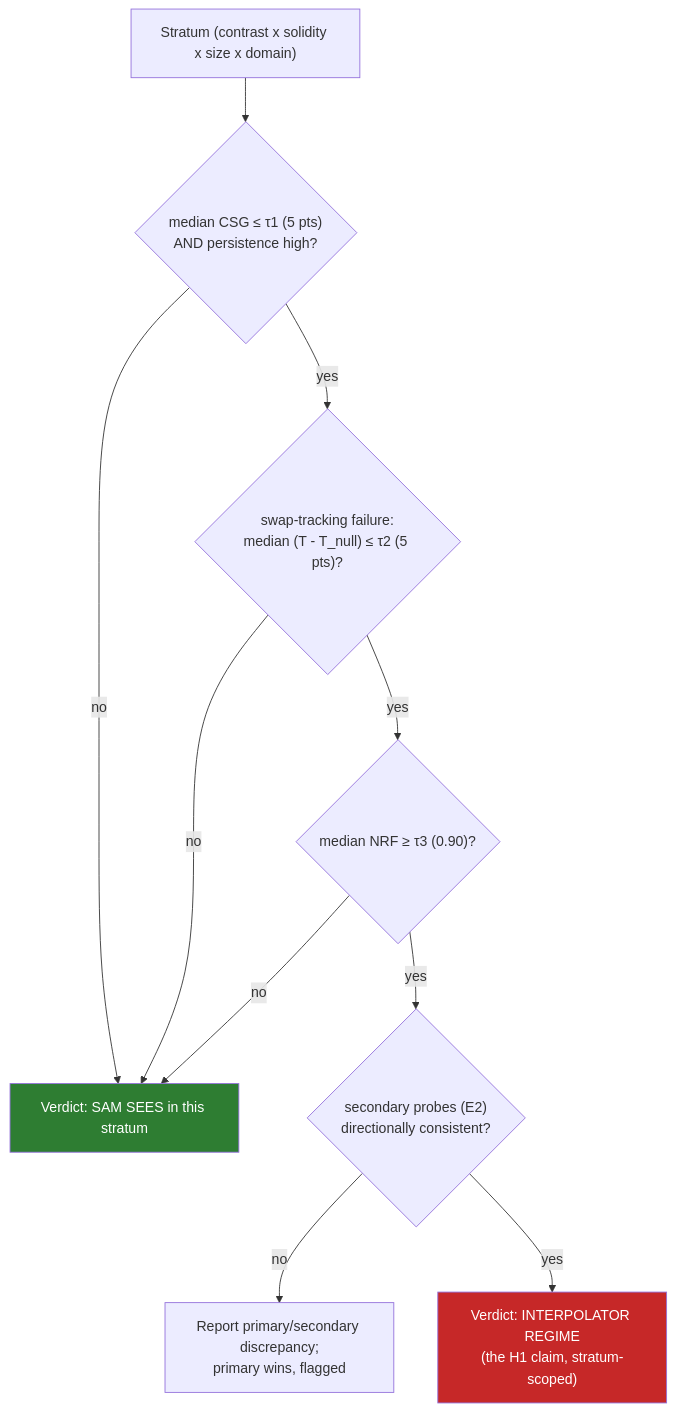
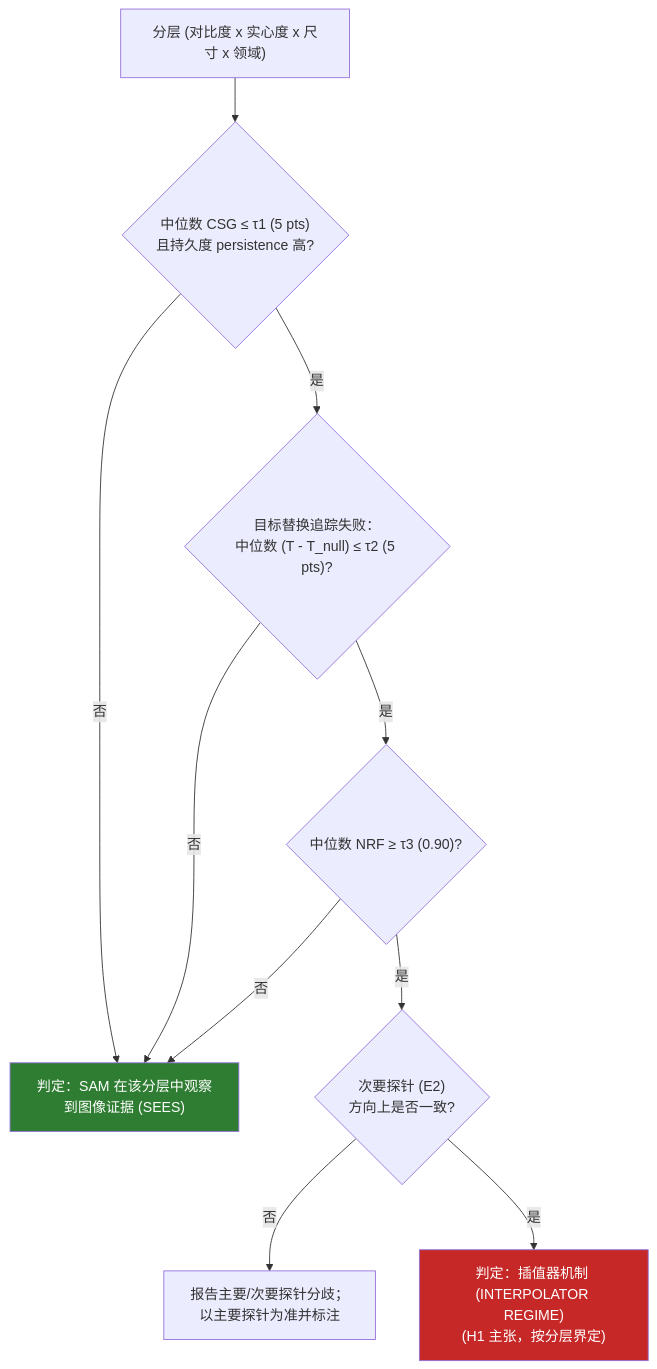
One commit to songkang688/idea changed the second of 4 diagrams in Windows4/Idea_01/diagrams/architecture.md. Above: the diagram before and after it, drawn with Mermaid. The commit also changed other lines of this file and 74 other files, not shown here.

````diff
--- a/Windows4/Idea_01/diagrams/architecture.md
+++ b/Windows4/Idea_01/diagrams/architecture.md
@@ -55,15 +55,15 @@
 ```mermaid
 flowchart TD
-    S["Stratum (contrast x solidity x size x domain)"] --> C1{"median CSG &le; &tau;1 (5 pts)<br/>AND persistence high?"}
-    C1 -- no --> SEES["Verdict: SAM SEES in this stratum"]
-    C1 -- yes --> C2{"swap-tracking failure:<br/>median (T - T_null) &le; &tau;2 (5 pts)?"}
-    C2 -- no --> SEES
-    C2 -- yes --> C3{"median NRF &ge; &tau;3 (0.90)?"}
-    C3 -- no --> SEES
-    C3 -- yes --> C4{"secondary probes (E2)<br/>directionally consistent?"}
-    C4 -- no --> DISC["Report primary/secondary discrepancy;<br/>primary wins, flagged"]
-    C4 -- yes --> INTERP["Verdict: INTERPOLATOR REGIME<br/>(the H1 claim, stratum-scoped)"]
+    S["分层 (对比度 x 实心度 x 尺寸 x 领域)"] --> C1{"中位数 CSG &le; &tau;1 (5 pts)<br/>且持久度 persistence 高?"}
+    C1 -- 否 --> SEES["判定：SAM 在该分层中观察到图像证据 (SEES)"]
+    C1 -- 是 --> C2{"目标替换追踪失败：<br/>中位数 (T - T_null) &le; &tau;2 (5 pts)?"}
+    C2 -- 否 --> SEES
+    C2 -- 是 --> C3{"中位数 NRF &ge; &tau;3 (0.90)?"}
+    C3 -- 否 --> SEES
+    C3 -- 是 --> C4{"次要探针 (E2)<br/>方向上是否一致?"}
+    C4 -- 否 --> DISC["报告主要/次要探针分歧；<br/>以主要探针为准并标注"]
+    C4 -- 是 --> INTERP["判定：插值器机制 (INTERPOLATOR REGIME)<br/>(H1 主张，按分层界定)"]
 
     style INTERP fill:#c62828,color:#fff
     style SEES fill:#2e7d32,color:#fff
 ```
````
